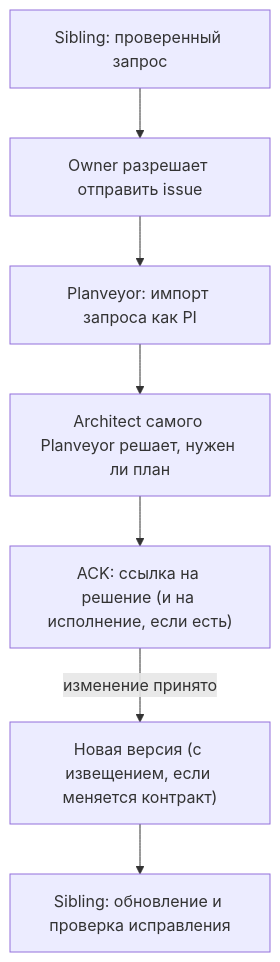
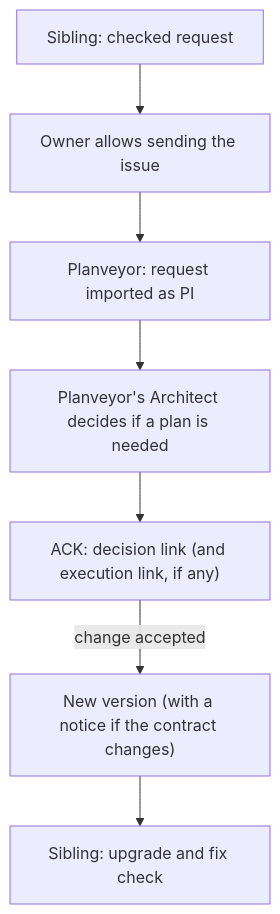
Before and after one commit to planveyor/planveyor: the diagram in docs/guides/learn/assets/change-packets-1.mmd, drawn with Mermaid. The commit also changed 124 other files, not shown here.

```diff
--- a/docs/guides/learn/assets/change-packets-1.mmd
+++ b/docs/guides/learn/assets/change-packets-1.mmd
@@ -1,7 +1,7 @@
 flowchart TB
-A["Sibling: проверенный запрос"] --> B["Owner разрешает отправить issue"]
-B --> C["Planveyor: импорт запроса как PI"]
-C --> D["Architect самого Planveyor решает, нужен ли план"]
-D --> E["ACK: ссылка на решение (и на исполнение, если есть)"]
-E -->|"изменение принято"| F["Новая версия (с извещением, если меняется контракт)"]
-F --> G["Sibling: обновление и проверка исправления"]
+A["Sibling: checked request"] --> B["Owner allows sending the issue"]
+B --> C["Planveyor: request imported as PI"]
+C --> D["Planveyor's Architect decides if a plan is needed"]
+D --> E["ACK: decision link (and execution link, if any)"]
+E -->|"change accepted"| F["New version (with a notice if the contract changes)"]
+F --> G["Sibling: upgrade and fix check"]
```
